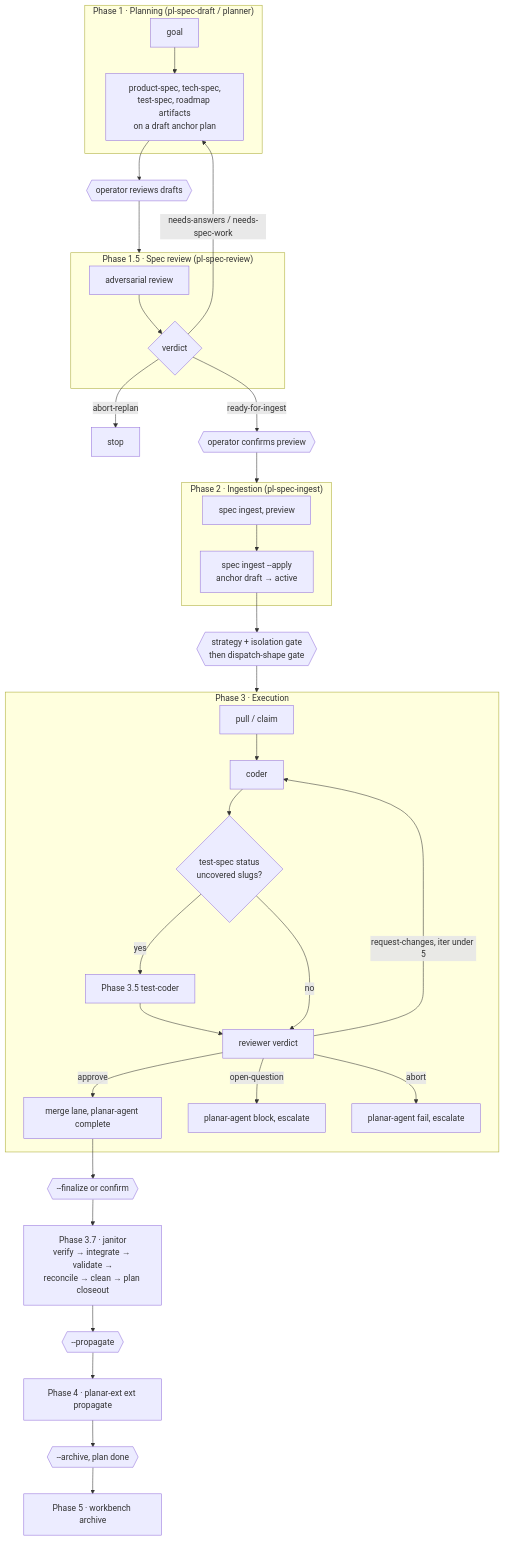
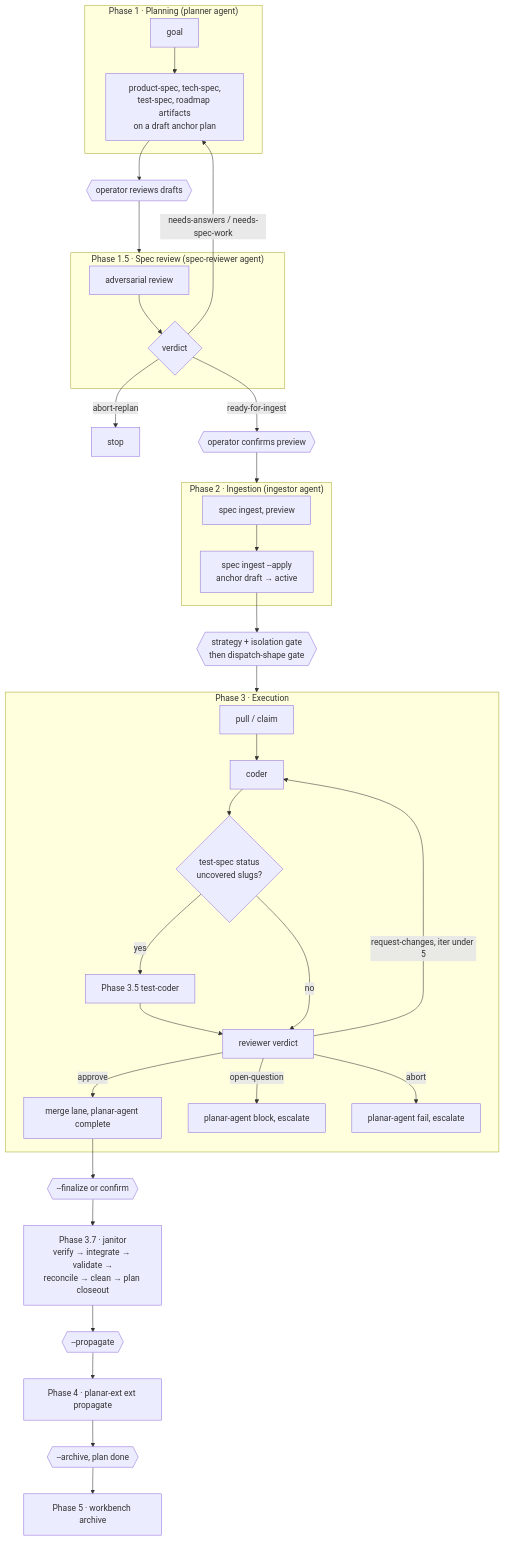
Diagram 19 of 30 in docs/lifecycles.md (rdrsss/planar), drawn with Mermaid before and after one commit. The commit also changed other lines of this file and 6 other files, not shown here.

````diff
--- a/docs/lifecycles.md
+++ b/docs/lifecycles.md
@@ -591,35 +591,35 @@
 ```mermaid
 flowchart TD
-    subgraph P1["Phase 1 · Planning (pl-spec-draft / planner)"]
+    subgraph P1["Phase 1 · Planning (planner agent)"]
         A1[goal] --> A2[product-spec, tech-spec,<br/>test-spec, roadmap artifacts<br/>on a draft anchor plan]
     end
     A2 --> G1{{operator reviews drafts}}
     G1 --> P15
-    subgraph P15["Phase 1.5 · Spec review (pl-spec-review)"]
+    subgraph P15["Phase 1.5 · Spec review (spec-reviewer agent)"]
         B1[adversarial review] --> B2{verdict}
     end
     B2 -->|needs-answers / needs-spec-work| A2
     B2 -->|abort-replan| STOP1[stop]
     B2 -->|ready-for-ingest| G2{{operator confirms preview}}
     G2 --> P2
-    subgraph P2["Phase 2 · Ingestion (pl-spec-ingest)"]
+    subgraph P2["Phase 2 · Ingestion (ingestor agent)"]
         C1[spec ingest, preview] --> C2[spec ingest --apply<br/>anchor draft → active]
     end
     C2 --> G3{{strategy + isolation gate<br/>then dispatch-shape gate}}
     G3 --> P3
     subgraph P3["Phase 3 · Execution"]
         D1[pull / claim] --> D2[coder] --> D25{test-spec status<br/>uncovered slugs?}
         D25 -->|yes| D3[Phase 3.5 test-coder] --> D4
         D25 -->|no| D4[reviewer verdict]
         D4 -->|request-changes, iter under 5| D2
         D4 -->|approve| D5[merge lane, planar-agent complete]
         D4 -->|open-question| D6[planar-agent block, escalate]
         D4 -->|abort| D7[planar-agent fail, escalate]
     end
     D5 --> G4{{--finalize or confirm}}
     G4 --> P37[Phase 3.7 · janitor<br/>verify → integrate → validate →<br/>reconcile → clean → plan closeout]
     P37 --> G5{{--propagate}}
     G5 --> P4[Phase 4 · planar-ext ext propagate]
     P4 --> G6{{--archive, plan done}}
     G6 --> P5[Phase 5 · workbench archive]
 ```
````
